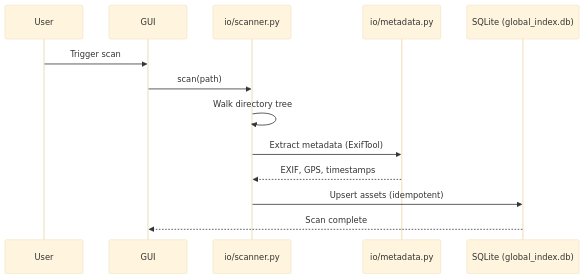
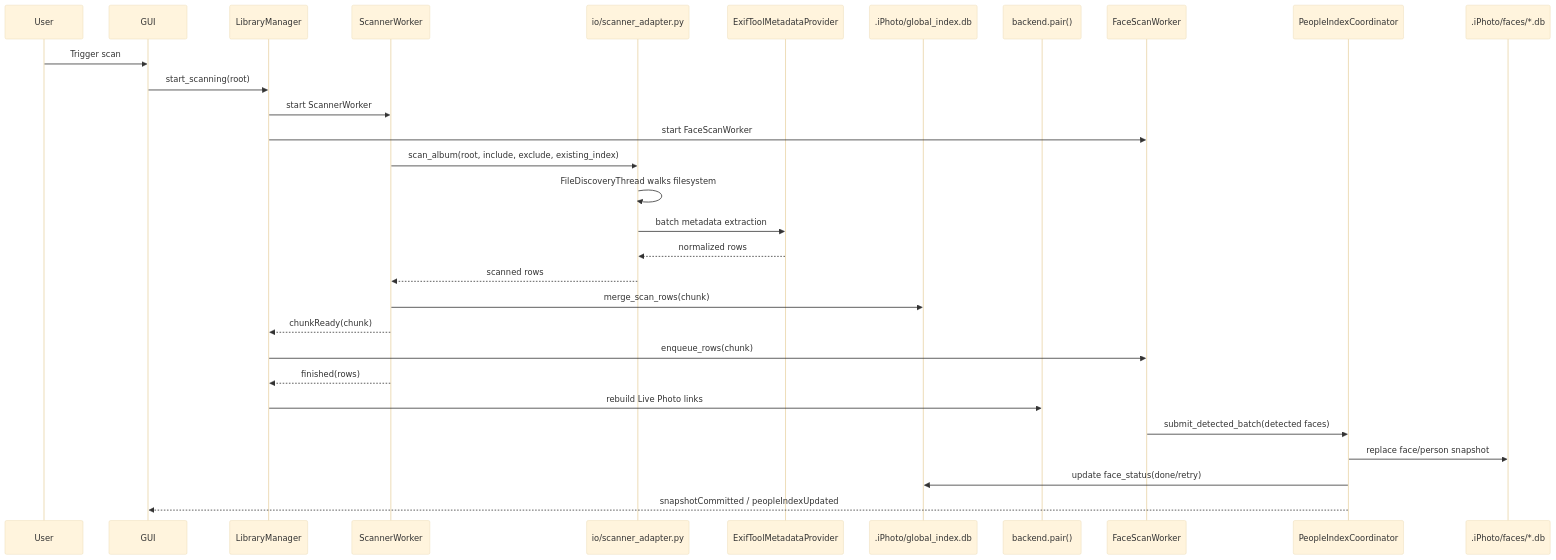
Before and after one commit to OliverZhaohaibin/iPhotron-LocalPhotoAlbumManager: the fifth of 5 diagrams in docs/architecture.md, drawn with Mermaid (base theme). The commit also changed other lines of this file, not shown here.

Commit message:
feat: update architecture documentation to reflect changes in scan pipeline and component structure

````diff
--- a/docs/architecture.md
+++ b/docs/architecture.md
@@ -206,16 +210,33 @@
 ```mermaid
 sequenceDiagram
     participant User
     participant GUI as GUI
-    participant Scanner as io/scanner.py
-    participant Meta as io/metadata.py
-    participant DB as SQLite (global_index.db)
+    participant LM as LibraryManager
+    participant SW as ScannerWorker
+    participant SA as io/scanner_adapter.py
+    participant Meta as ExifToolMetadataProvider
+    participant DB as .iPhoto/global_index.db
+    participant Pair as backend.pair()
+    participant FW as FaceScanWorker
+    participant PI as PeopleIndexCoordinator
+    participant FaceDB as .iPhoto/faces/*.db
 
     User->>GUI: Trigger scan
-    GUI->>Scanner: scan(path)
-    Scanner->>Scanner: Walk directory tree
-    Scanner->>Meta: Extract metadata (ExifTool)
-    Meta-->>Scanner: EXIF, GPS, timestamps
-    Scanner->>DB: Upsert assets (idempotent)
-    DB-->>GUI: Scan complete
+    GUI->>LM: start_scanning(root)
+    LM->>SW: start ScannerWorker
+    LM->>FW: start FaceScanWorker
+    SW->>SA: scan_album(root, include, exclude, existing_index)
+    SA->>SA: FileDiscoveryThread walks filesystem
+    SA->>Meta: batch metadata extraction
+    Meta-->>SA: normalized rows
+    SA-->>SW: scanned rows
+    SW->>DB: merge_scan_rows(chunk)
+    SW-->>LM: chunkReady(chunk)
+    LM->>FW: enqueue_rows(chunk)
+    SW-->>LM: finished(rows)
+    LM->>Pair: rebuild Live Photo links
+    FW->>PI: submit_detected_batch(detected faces)
+    PI->>FaceDB: replace face/person snapshot
+    PI->>DB: update face_status(done/retry)
+    PI-->>GUI: snapshotCommitted / peopleIndexUpdated
 ```
````
